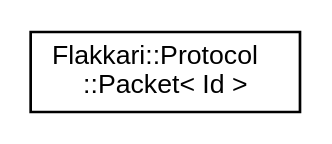
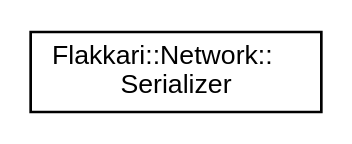
One commit to MasterLaplace/flakkari changed the diagram in inherit_graph_38.dot. Above: the diagram before and after it, drawn with Graphviz. The commit also changed 456 other files, not shown here.

```diff
--- a/inherit_graph_38.dot
+++ b/inherit_graph_38.dot
@@ -1,8 +1,8 @@
 digraph "Graphical Class Hierarchy"
 {
  // LATEX_PDF_SIZE
   edge [fontname="Helvetica",fontsize="10",labelfontname="Helvetica",labelfontsize="10"];
   node [fontname="Helvetica",fontsize="10",shape=record];
   rankdir="LR";
-  Node0 [label="Flakkari::Protocol\l::Packet\< Id \>",height=0.2,width=0.4,color="black", fillcolor="white", style="filled",URL="$de/d9d/structFlakkari_1_1Protocol_1_1V__0_1_1Packet.html",tooltip="Flakkari Packet v0 (new packet)"];
+  Node0 [label="Flakkari::Network::\lSerializer",height=0.2,width=0.4,color="black", fillcolor="white", style="filled",URL="$d2/d4f/classFlakkari_1_1Network_1_1Serializer.html",tooltip="Class used to serialize and deserialize objects."];
 }
```
